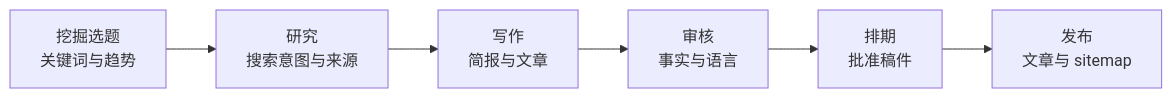
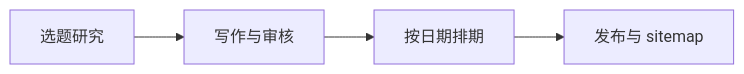
One commit to bugkiwi/content-orbit-skill changed the diagram in README.md. Above: the diagram before and after it, drawn with Mermaid.

Commit message:
Improve workflow diagram readability

````diff
--- a/README.md
+++ b/README.md
@@ -11,8 +11,6 @@
 ```mermaid
 flowchart LR
-    A["挖掘选题<br/>关键词与趋势"] --> B["研究<br/>搜索意图与来源"]
-    B --> C["写作<br/>简报与文章"]
-    C --> D["审核<br/>事实与语言"]
-    D --> E["排期<br/>批准稿件"]
-    E --> F["发布<br/>文章与 sitemap"]
+    A["选题研究"] --> B["写作与审核"]
+    B --> C["按日期排期"]
+    C --> D["发布与 sitemap"]
 ```
````
